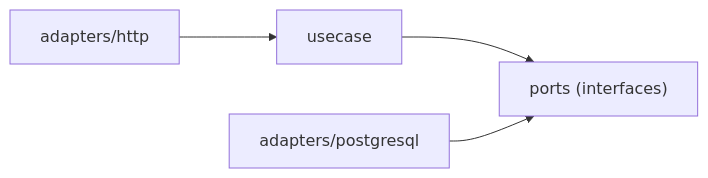
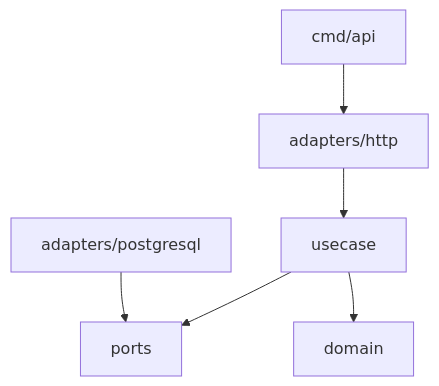
One commit to dilekci/product-api changed the second of 2 diagrams in README.md. Above: the diagram before and after it, drawn with Mermaid. The commit also changed other lines of this file and 116 other files, not shown here.

````diff
--- a/README.md
+++ b/README.md
@@ -74,6 +47,8 @@
 ```mermaid
-graph LR
-  U["usecase"] --> P["ports (interfaces)"]
-  A["adapters/postgresql"] --> P
-  H["adapters/http"] --> U
+graph TD
+  A["cmd/api"] --> B["adapters/http"]
+  B --> C["usecase"]
+  C --> D["ports"]
+  E["adapters/postgresql"] --> D
+  C --> F["domain"]
 ```
````
